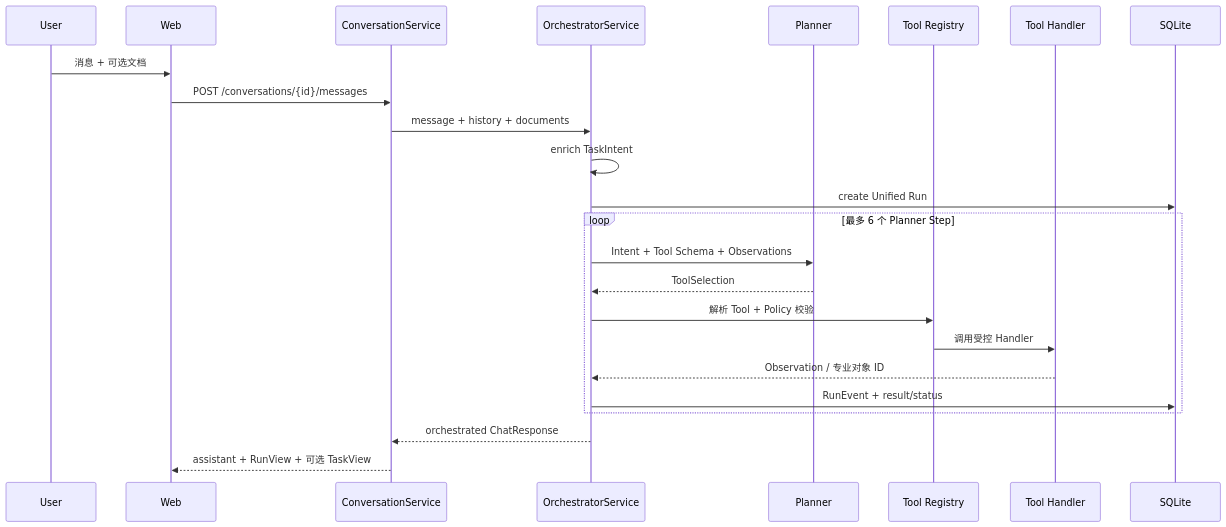
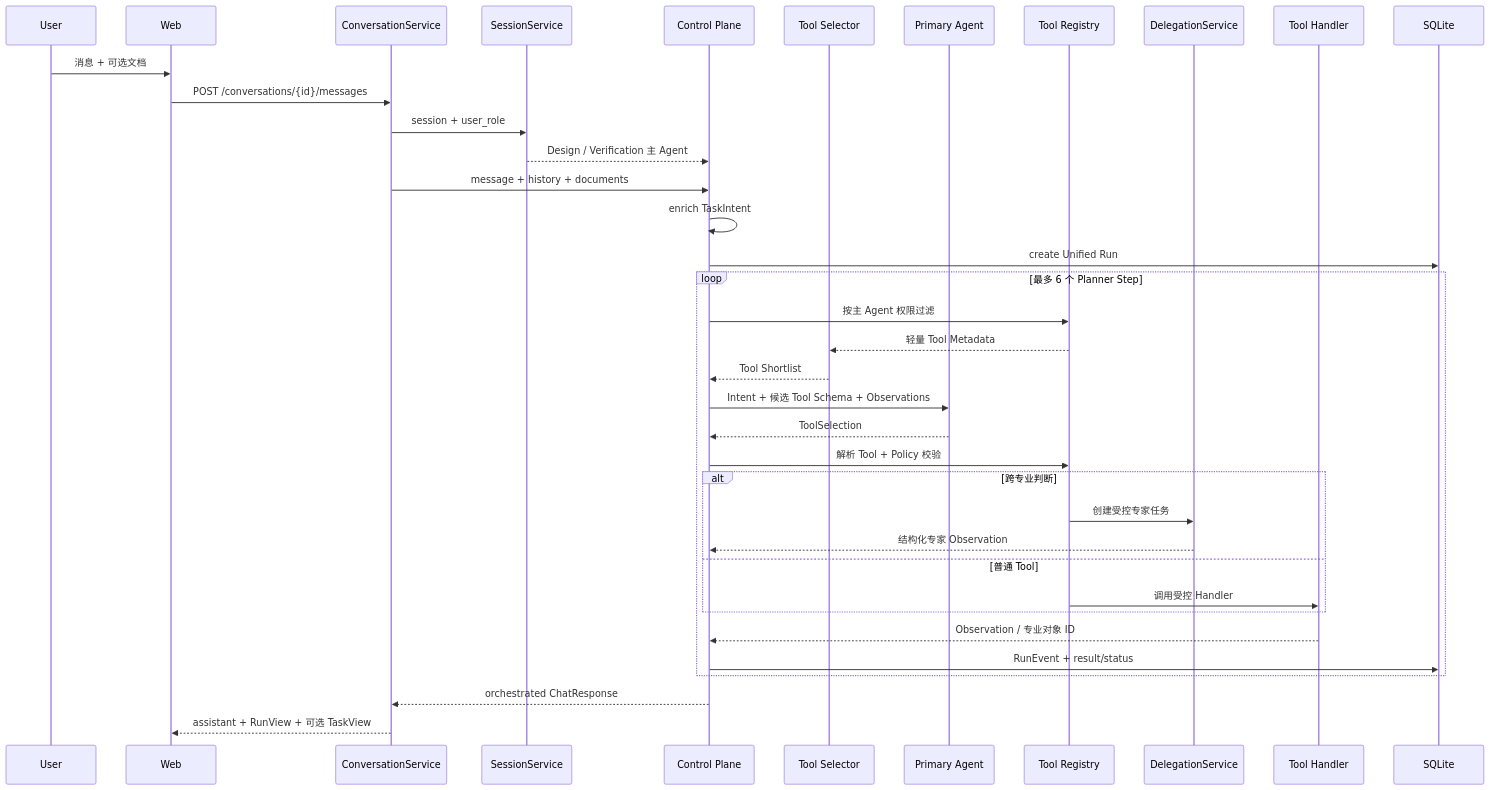
Before and after one commit to yaowensial-g/chipDesignAgent: the first of 8 diagrams in docs/runtime-flow.md, drawn with Mermaid. The commit also changed other lines of this file and 37 other files, not shown here.

Commit message:
feat: add role-driven multi-agent runtime

````diff
--- a/docs/runtime-flow.md
+++ b/docs/runtime-flow.md
@@ -28,26 +29,39 @@
 ```mermaid
 sequenceDiagram
     participant U as User
     participant W as Web
     participant C as ConversationService
-    participant O as OrchestratorService
-    participant P as Planner
+    participant S as SessionService
+    participant O as Control Plane
+    participant TS as Tool Selector
+    participant P as Primary Agent
     participant T as Tool Registry
+    participant D as DelegationService
     participant E as Tool Handler
     participant DB as SQLite
     U->>W: 消息 + 可选文档
     W->>C: POST /conversations/{id}/messages
+    C->>S: session + user_role
+    S-->>O: Design / Verification 主 Agent
     C->>O: message + history + documents
     O->>O: enrich TaskIntent
     O->>DB: create Unified Run
     loop 最多 6 个 Planner Step
-        O->>P: Intent + Tool Schema + Observations
+        O->>T: 按主 Agent 权限过滤
+        T-->>TS: 轻量 Tool Metadata
+        TS-->>O: Tool Shortlist
+        O->>P: Intent + 候选 Tool Schema + Observations
         P-->>O: ToolSelection
         O->>T: 解析 Tool + Policy 校验
-        T->>E: 调用受控 Handler
+        alt 跨专业判断
+            T->>D: 创建受控专家任务
+            D-->>O: 结构化专家 Observation
+        else 普通 Tool
+            T->>E: 调用受控 Handler
+        end
         E-->>O: Observation / 专业对象 ID
         O->>DB: RunEvent + result/status
     end
     O-->>C: orchestrated ChatResponse
     C-->>W: assistant + RunView + 可选 TaskView
 ```
````
